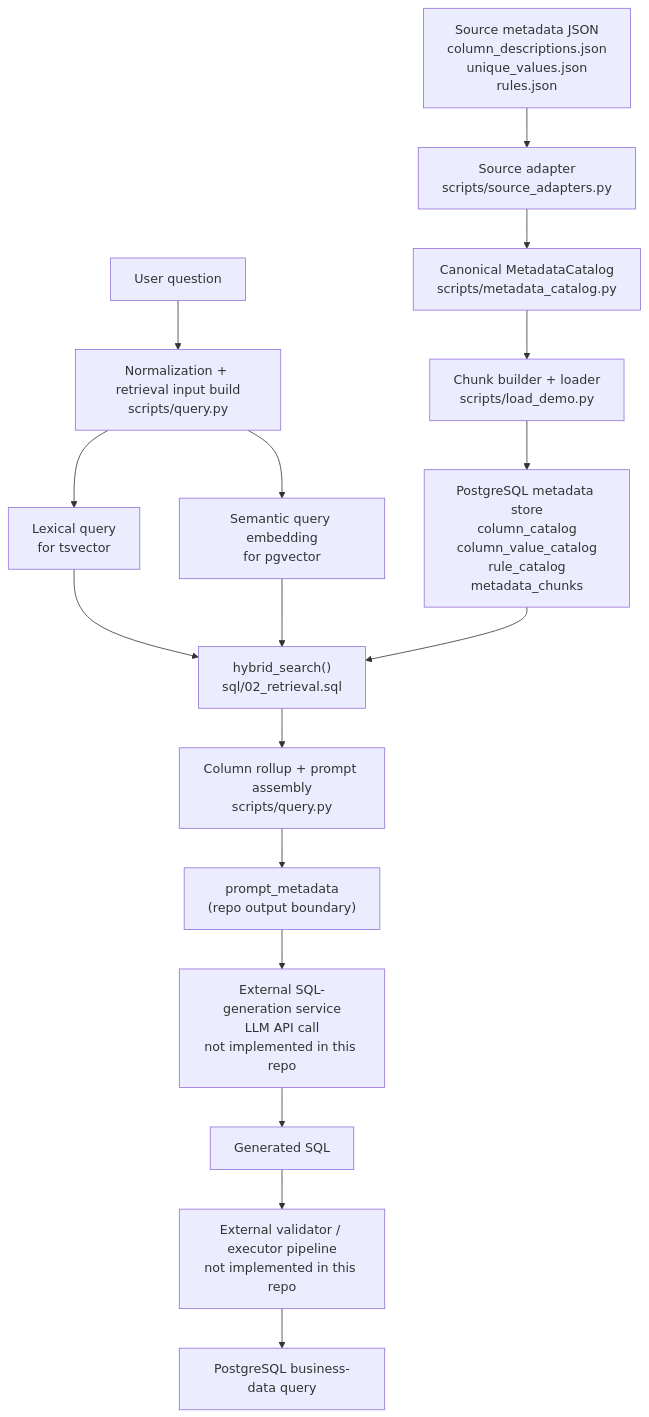
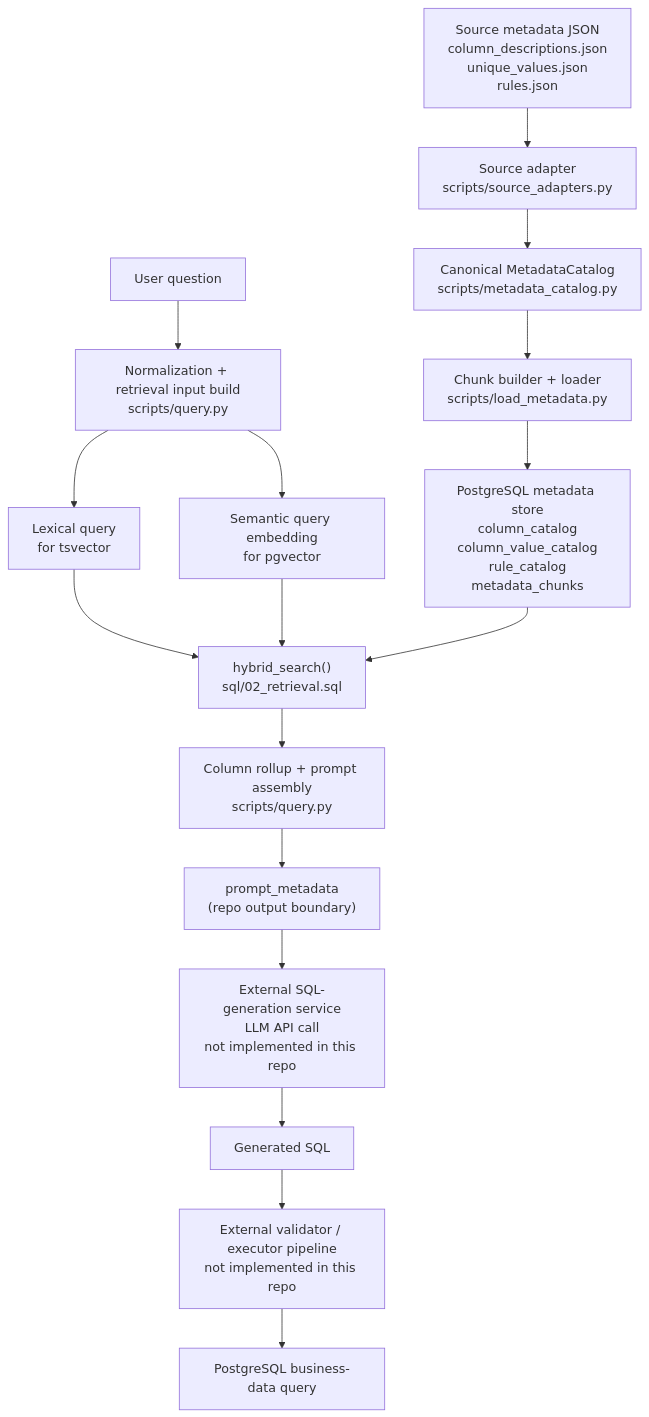
The diagram in docs/DATAFLOW.md (jyang297/PG_Injector), drawn with Mermaid before and after one commit. The commit also changed 11 other files, not shown here.

Commit message:
feat: modify load metadata.

````diff
--- a/docs/DATAFLOW.md
+++ b/docs/DATAFLOW.md
@@ -27,22 +27,22 @@
 ```mermaid
 flowchart TD
     A["Source metadata JSON\ncolumn_descriptions.json\nunique_values.json\nrules.json"] --> B["Source adapter\nscripts/source_adapters.py"]
     B --> C["Canonical MetadataCatalog\nscripts/metadata_catalog.py"]
-    C --> D["Chunk builder + loader\nscripts/load_demo.py"]
+    C --> D["Chunk builder + loader\nscripts/load_metadata.py"]
     D --> E["PostgreSQL metadata store\ncolumn_catalog\ncolumn_value_catalog\nrule_catalog\nmetadata_chunks"]
 
     U["User question"] --> N["Normalization + retrieval input build\nscripts/query.py"]
     N --> L["Lexical query\nfor tsvector"]
     N --> S["Semantic query embedding\nfor pgvector"]
     L --> H["hybrid_search()\nsql/02_retrieval.sql"]
     S --> H
     E --> H
 
     H --> R["Column rollup + prompt assembly\nscripts/query.py"]
     R --> P["prompt_metadata\n(repo output boundary)"]
 
     P --> X["External SQL-generation service\nLLM API call\nnot implemented in this repo"]
     X --> Y["Generated SQL"]
     Y --> Z["External validator / executor pipeline\nnot implemented in this repo"]
     Z --> Q["PostgreSQL business-data query"]
 ```
````
